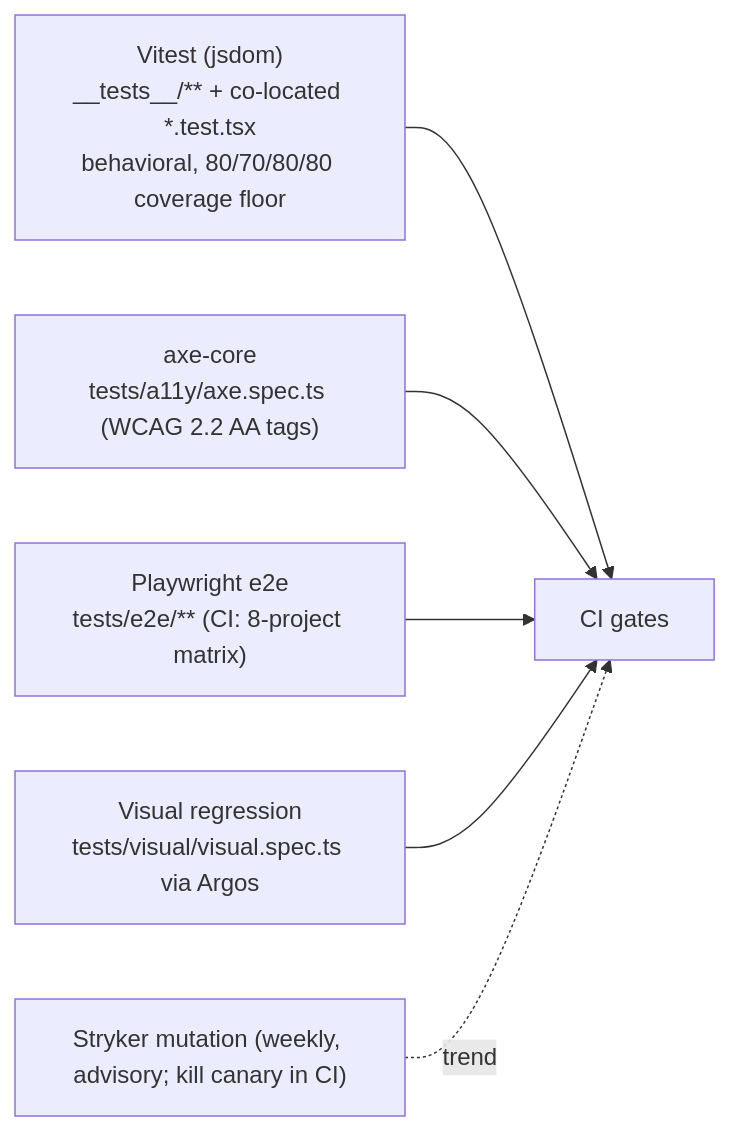
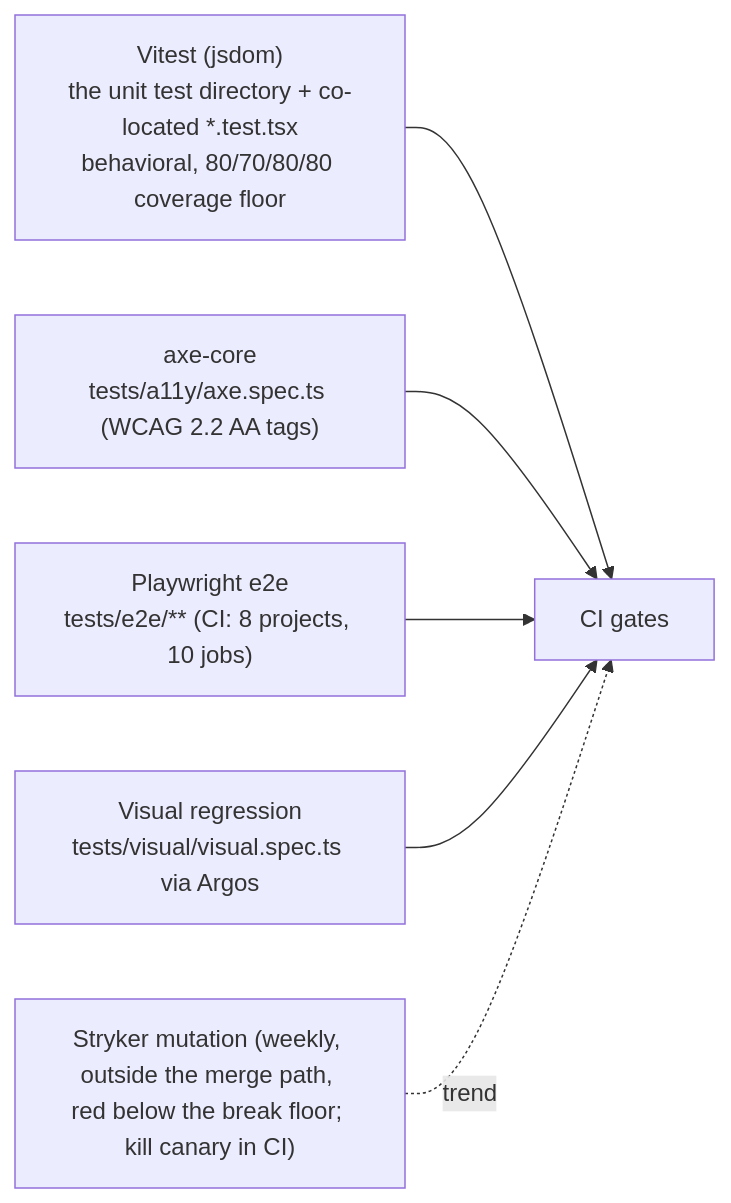
Before and after one commit to erikunha/portfolio: the third of 8 diagrams in docs/07-workflows.md, drawn with Mermaid. The commit also changed other lines of this file and 507 other files, not shown here.

````diff
--- a/docs/07-workflows.md
+++ b/docs/07-workflows.md
@@ -128,9 +139,9 @@
 ```mermaid
 flowchart LR
-    unit["Vitest (jsdom)<br/>__tests__/** + co-located *.test.tsx<br/>behavioral, 80/70/80/80 coverage floor"] --> ci
+    unit["Vitest (jsdom)<br/>the unit test directory + co-located *.test.tsx<br/>behavioral, 80/70/80/80 coverage floor"] --> ci
     a11y["axe-core<br/>tests/a11y/axe.spec.ts (WCAG 2.2 AA tags)"] --> ci
-    e2e["Playwright e2e<br/>tests/e2e/** (CI: 8-project matrix)"] --> ci
+    e2e["Playwright e2e<br/>tests/e2e/** (CI: 8 projects, 10 jobs)"] --> ci
     visual["Visual regression<br/>tests/visual/visual.spec.ts via Argos"] --> ci
-    mut["Stryker mutation (weekly, advisory; kill canary in CI)"] -. trend .-> ci
+    mut["Stryker mutation (weekly, outside the merge path, red below the break floor; kill canary in CI)"] -. trend .-> ci
     ci["CI gates"]
 ```
````
